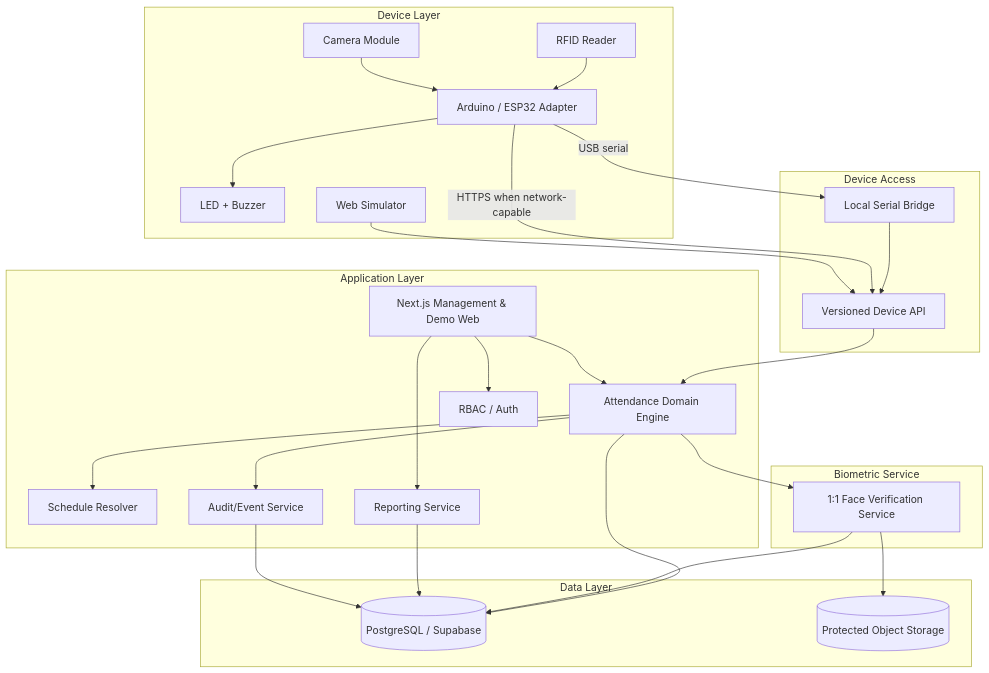
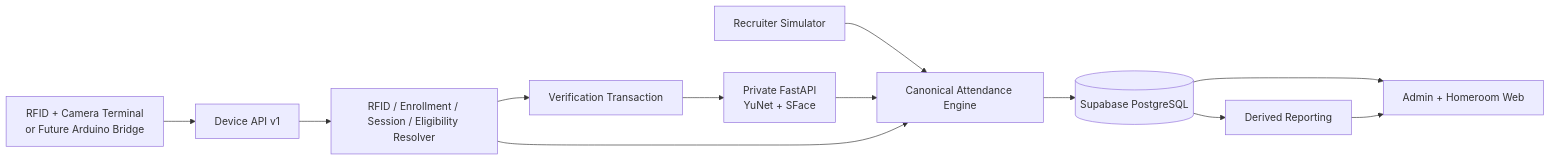
The first of 2 diagrams in docs/03-ARCHITECTURE.md (nafisajuliansahsaputra/attendance-system), drawn with Mermaid before and after one commit. The commit also changed other lines of this file, not shown here.

Commit message:
docs: synchronize architecture with V1 implementation

````diff
--- a/docs/03-ARCHITECTURE.md
+++ b/docs/03-ARCHITECTURE.md
@@ -78,53 +60,14 @@
 ```mermaid
-flowchart TB
-    subgraph DeviceLayer[Device Layer]
-      RFID[RFID Reader]
-      CAM[Camera Module]
-      IO[LED + Buzzer]
-      HW[Arduino / ESP32 Adapter]
-      SIM[Web Simulator]
-      RFID --> HW
-      CAM --> HW
-      HW --> IO
-    end
-
-    subgraph EdgeLayer[Device Access]
-      BRIDGE[Local Serial Bridge]
-      DAPI[Versioned Device API]
-    end
-
-    subgraph AppLayer[Application Layer]
-      WEB[Next.js Management & Demo Web]
-      ATT[Attendance Domain Engine]
-      SCH[Schedule Resolver]
-      AUTH[RBAC / Auth]
-      REPORT[Reporting Service]
-      AUDIT[Audit/Event Service]
-    end
-
-    subgraph FaceLayer[Biometric Service]
-      FACE[1:1 Face Verification Service]
-    end
-
-    subgraph DataLayer[Data Layer]
-      DB[(PostgreSQL / Supabase)]
-      STORE[(Protected Object Storage)]
-    end
-
-    HW -->|USB serial| BRIDGE
-    BRIDGE --> DAPI
-    HW -->|HTTPS when network-capable| DAPI
-    SIM --> DAPI
-    DAPI --> ATT
-    ATT --> SCH
-    ATT --> FACE
-    ATT --> DB
-    ATT --> AUDIT
-    FACE --> DB
-    FACE --> STORE
-    WEB --> AUTH
-    WEB --> ATT
-    WEB --> REPORT
-    REPORT --> DB
-    AUDIT --> DB
+flowchart LR
+    HW[RFID + Camera Terminal\nor Future Arduino Bridge] --> API[Device API v1]
+    SIM[Recruiter Simulator] --> CORE[Canonical Attendance Engine]
+    API --> RES[RFID / Enrollment / Session / Eligibility Resolver]
+    RES --> TX[Verification Transaction]
+    TX --> FACE[Private FastAPI\nYuNet + SFace]
+    FACE --> CORE
+    RES --> CORE
+    CORE --> DB[(Supabase PostgreSQL)]
+    DB --> WEB[Admin + Homeroom Web]
+    DB --> REP[Derived Reporting]
+    REP --> WEB
 ```
````
